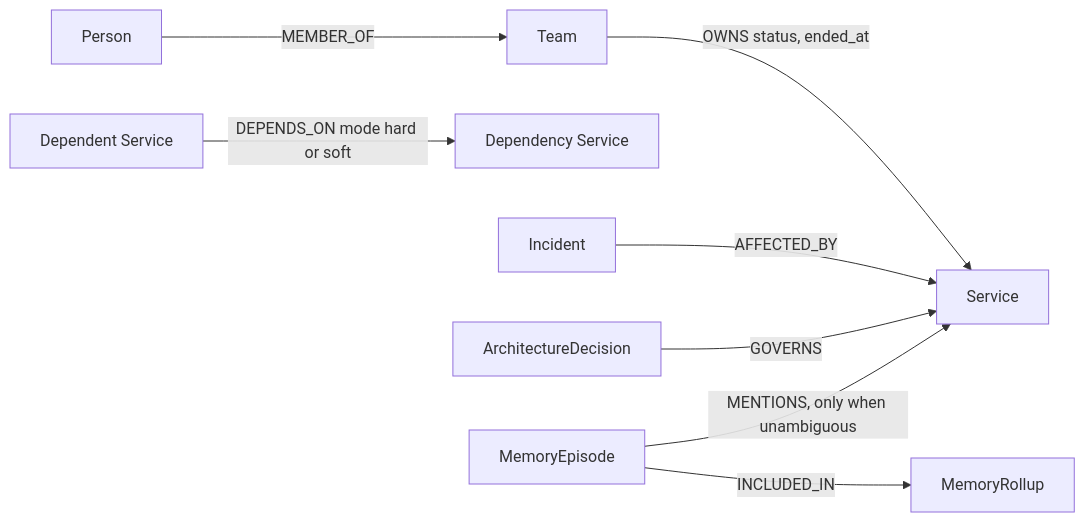
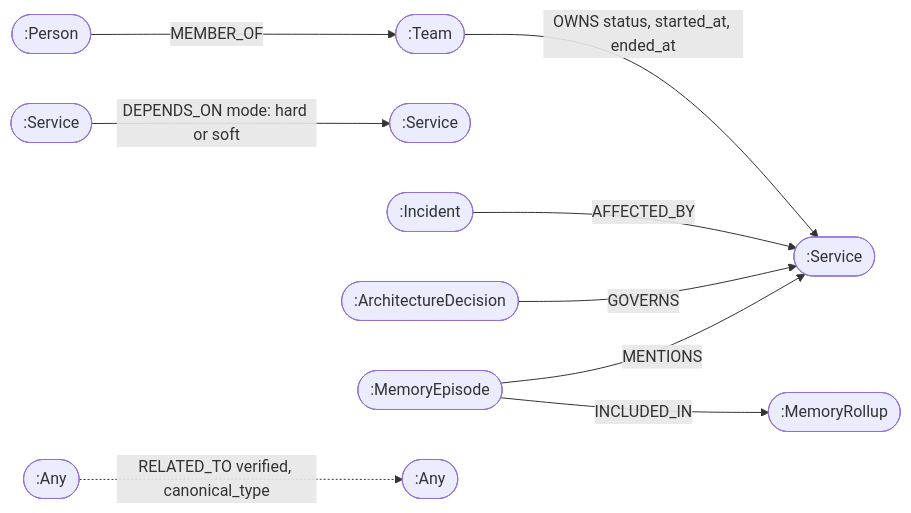
The second of 2 diagrams in README.md (Sohamdhumal7/HashiraGraphDb), drawn with Mermaid before and after one commit. The commit also changed other lines of this file and 6 other files, not shown here.

Commit message:
feat: enterprise graph intelligence, failure simulator, gemini features, and hackathon documentation

````diff
--- a/README.md
+++ b/README.md
@@ -24,10 +177,11 @@
 ```mermaid
 graph LR
-  Person -->|MEMBER_OF| Team
-  Team -->|OWNS status, ended_at| Service
-  Consumer[Dependent Service] -->|DEPENDS_ON mode hard or soft| Dependency[Dependency Service]
-  Incident -->|AFFECTED_BY| Service
-  Decision[ArchitectureDecision] -->|GOVERNS| Service
-  MemoryEpisode -->|MENTIONS, only when unambiguous| Service
-  MemoryEpisode -->|INCLUDED_IN| MemoryRollup
+    Person([:Person]) -->|MEMBER_OF| Team([:Team])
+    Team -->|OWNS status, started_at, ended_at| Service([:Service])
+    ConsumerService([:Service]) -->|DEPENDS_ON mode: hard or soft| DependencyService([:Service])
+    Incident([:Incident]) -->|AFFECTED_BY| Service
+    Decision([:ArchitectureDecision]) -->|GOVERNS| Service
+    MemoryEpisode([:MemoryEpisode]) -->|MENTIONS| Service
+    MemoryEpisode -->|INCLUDED_IN| MemoryRollup([:MemoryRollup])
+    AnyNode([:Any]) -.->|RELATED_TO verified, canonical_type| AnyTarget([:Any])
 ```
````
